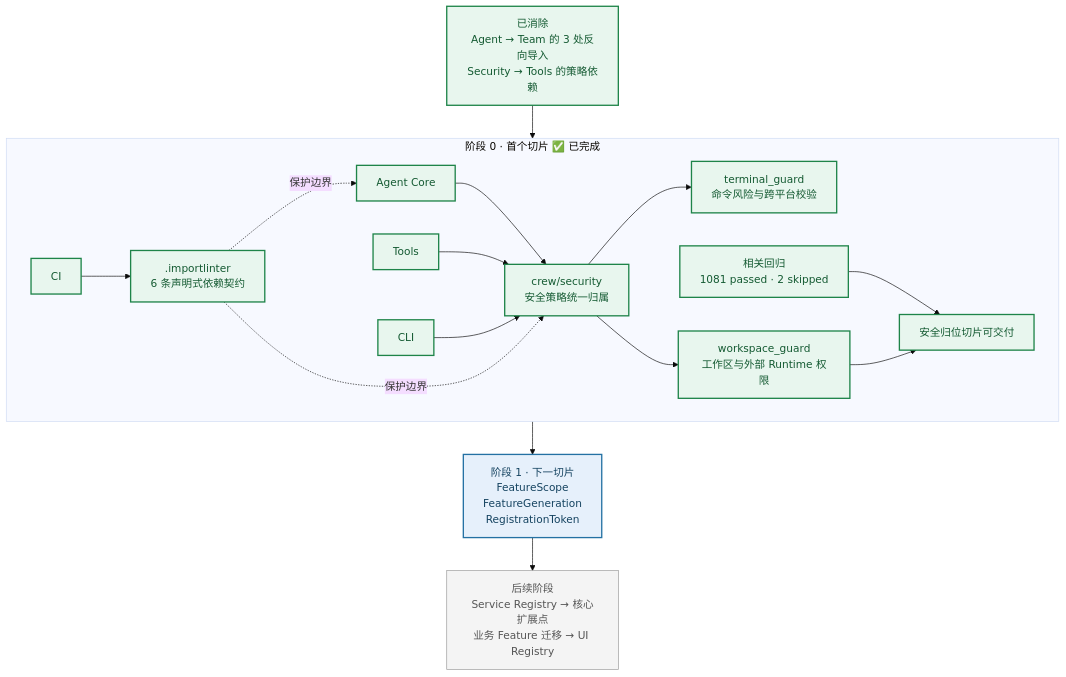
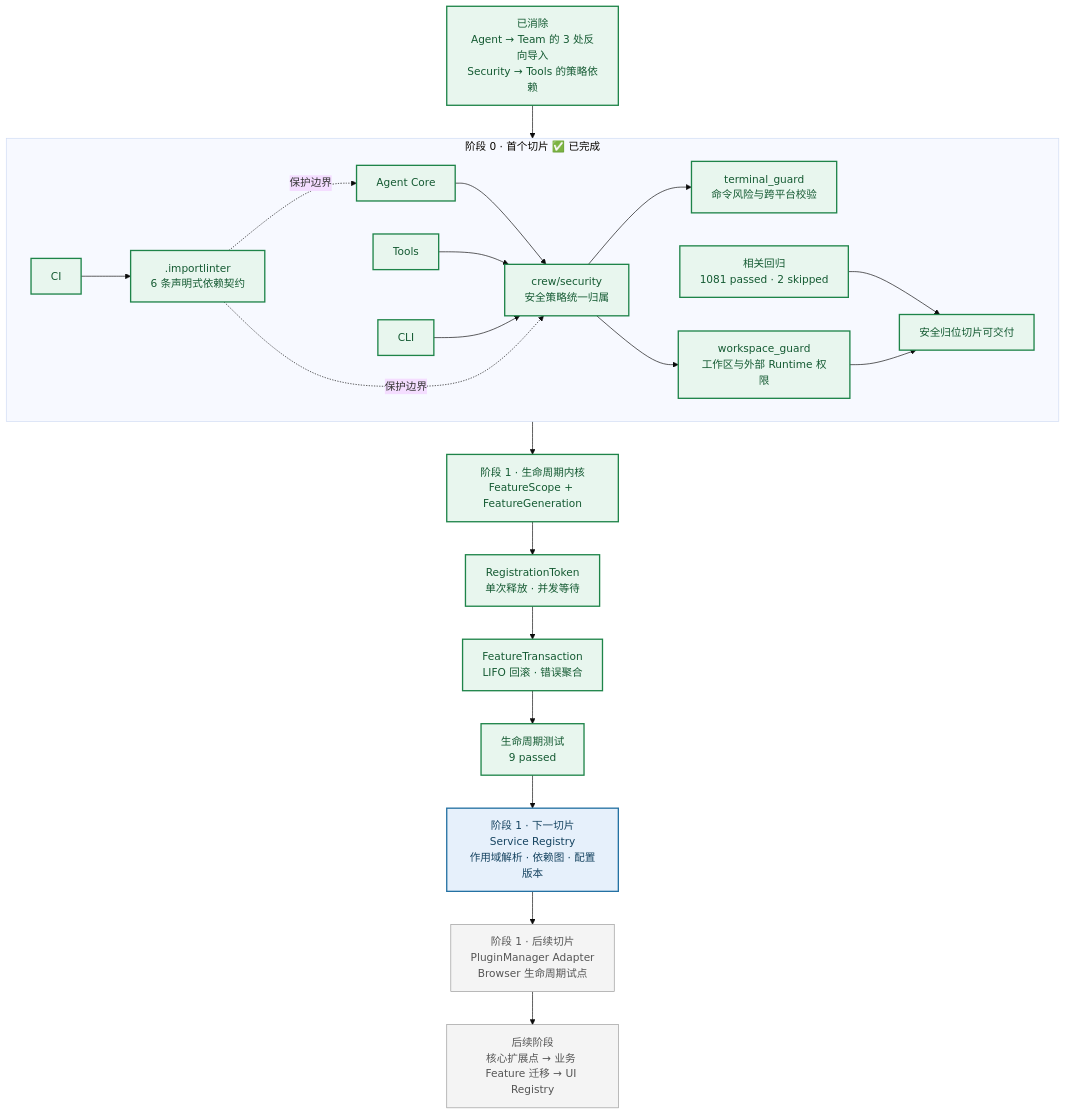
Before and after one commit to shuishenghualalala/Ace: the first of 11 diagrams in docs/todo/ace-plugin-architecture-evolution-plan.md, drawn with Mermaid (base theme). The commit also changed other lines of this file and 7 other files, not shown here.

````diff
--- a/docs/todo/ace-plugin-architecture-evolution-plan.md
+++ b/docs/todo/ace-plugin-architecture-evolution-plan.md
@@ -14,28 +14,33 @@
 ```mermaid
 flowchart TB
     subgraph Done["阶段 0 · 首个切片 ✅ 已完成"]
         direction LR
         Agent["Agent Core"] --> Security["crew/security<br/>安全策略统一归属"]
         Tools["Tools"] --> Security
         CLI["CLI"] --> Security
         Security --> Terminal["terminal_guard<br/>命令风险与跨平台校验"]
         Security --> Workspace["workspace_guard<br/>工作区与外部 Runtime 权限"]
 
         CI["CI"] --> Contracts[".importlinter<br/>6 条声明式依赖契约"]
         Contracts -.->|保护边界| Agent
         Contracts -.->|保护边界| Security
         Tests["相关回归<br/>1081 passed · 2 skipped"] --> DoneMark["安全归位切片可交付"]
     end
 
     Removed["已消除<br/>Agent → Team 的 3 处反向导入<br/>Security → Tools 的策略依赖"] --> Security
     Workspace --> DoneMark
-    DoneMark --> Next["阶段 1 · 下一切片<br/>FeatureScope<br/>FeatureGeneration<br/>RegistrationToken"]
-    Next --> Later["后续阶段<br/>Service Registry → 核心扩展点<br/>业务 Feature 迁移 → UI Registry"]
+    DoneMark --> Scope["阶段 1 · 生命周期内核<br/>FeatureScope + FeatureGeneration"]
+    Scope --> Token["RegistrationToken<br/>单次释放 · 并发等待"]
+    Token --> Rollback["FeatureTransaction<br/>LIFO 回滚 · 错误聚合"]
+    Rollback --> RuntimeTests["生命周期测试<br/>9 passed"]
+    RuntimeTests --> Next["阶段 1 · 下一切片<br/>Service Registry<br/>作用域解析 · 依赖图 · 配置版本"]
+    Next --> Adapter["阶段 1 · 后续切片<br/>PluginManager Adapter<br/>Browser 生命周期试点"]
+    Adapter --> Later["后续阶段<br/>核心扩展点 → 业务 Feature 迁移 → UI Registry"]
 
     classDef done fill:#e8f6ee,stroke:#1e8449,color:#145a32,stroke-width:2px
     classDef next fill:#e6f0fb,stroke:#2471a3,color:#154360,stroke-width:2px
     classDef pending fill:#f4f4f4,stroke:#999999,color:#555555
-    class Agent,Tools,CLI,Security,Terminal,Workspace,CI,Contracts,Tests,DoneMark,Removed done
+    class Agent,Tools,CLI,Security,Terminal,Workspace,CI,Contracts,Tests,DoneMark,Removed,Scope,Token,Rollback,RuntimeTests done
     class Next next
-    class Later pending
+    class Adapter,Later pending
 ```
````
